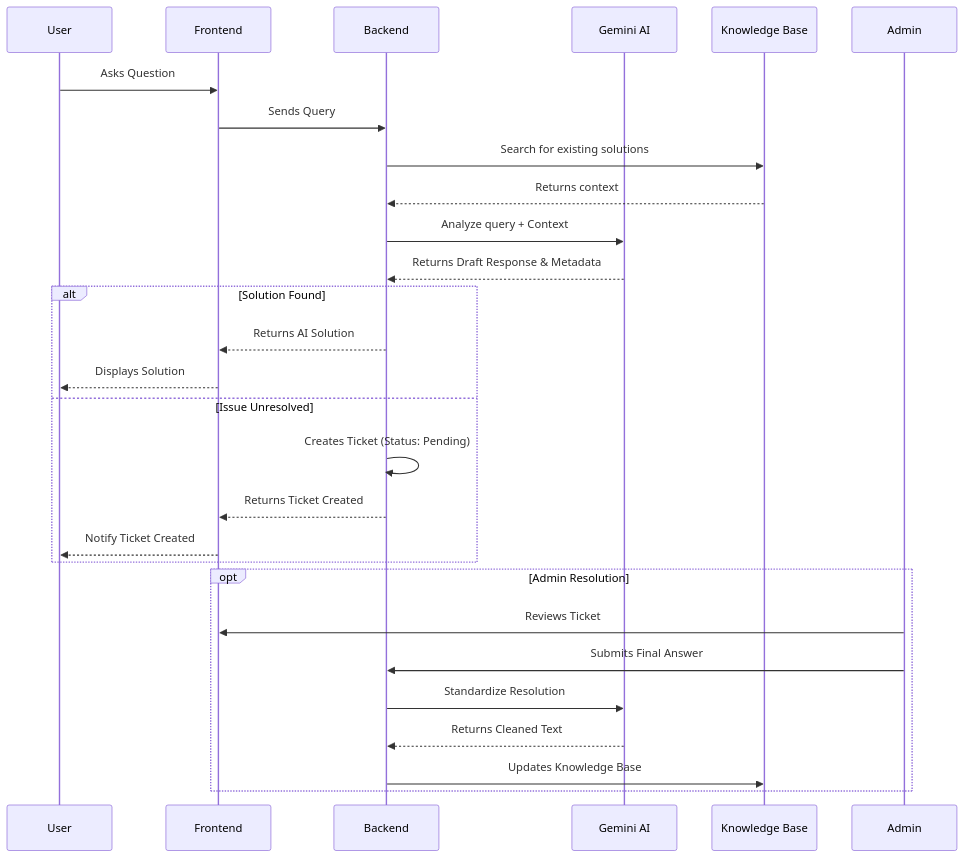
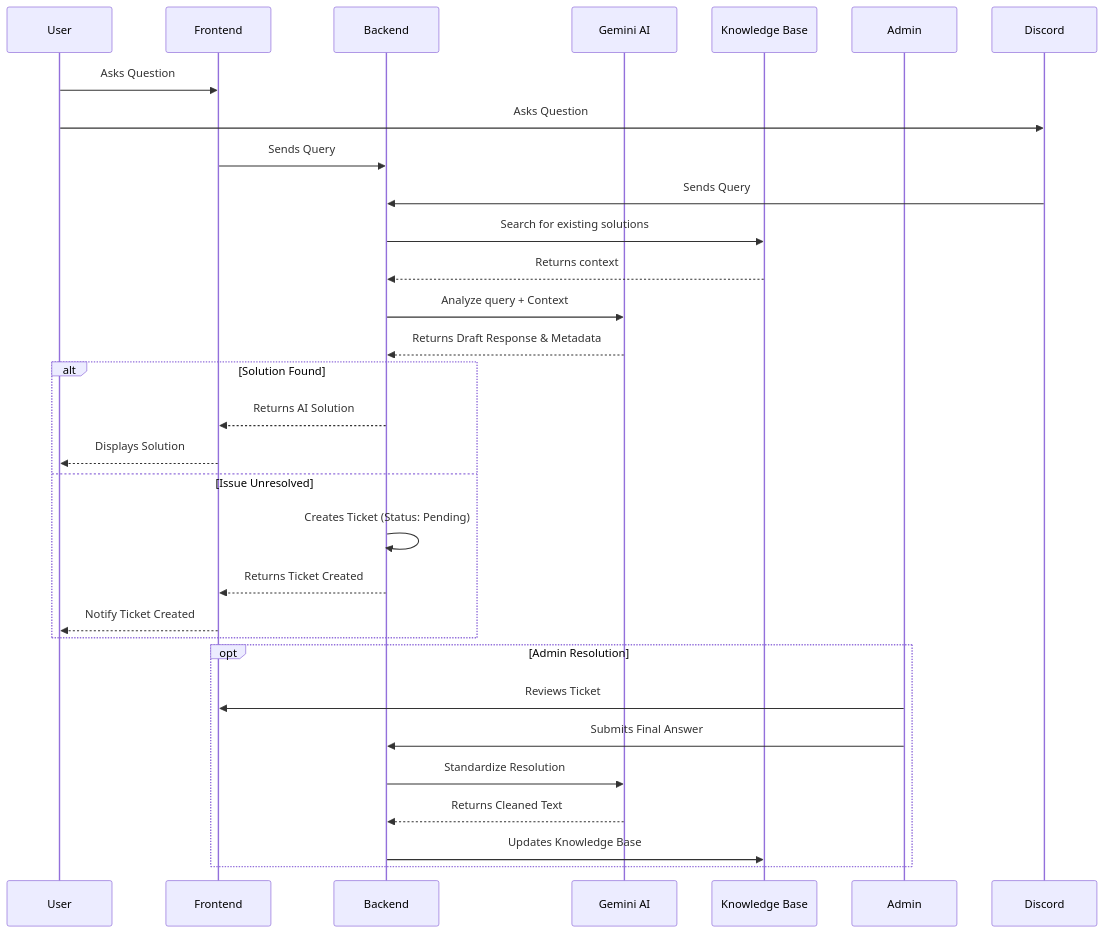
One commit to SHIRONEKO1121/LoopBack_AI changed the second of 2 diagrams in README.md. Above: the diagram before and after it, drawn with Mermaid. The commit also changed other lines of this file, not shown here.

Commit message:
Updated README.md for Discord bot logic

````diff
--- a/README.md
+++ b/README.md
@@ -40,33 +46,35 @@
 ```mermaid
 sequenceDiagram
     participant U as User
     participant F as Frontend
     participant B as Backend
     participant AI as Gemini AI
     participant K as Knowledge Base
     participant A as Admin
 
     U->>F: Asks Question
+    U->>Discord: Asks Question
     F->>B: Sends Query
+    Discord ->> B: Sends Query
     B->>K: Search for existing solutions
     K-->>B: Returns context
     B->>AI: Analyze query + Context
     AI-->>B: Returns Draft Response & Metadata
     
     alt Solution Found
         B-->>F: Returns AI Solution
         F-->>U: Displays Solution
     else Issue Unresolved
         B->>B: Creates Ticket (Status: Pending)
         B-->>F: Returns Ticket Created
         F-->>U: Notify Ticket Created
     end
     
     opt Admin Resolution
         A->>F: Reviews Ticket
         A->>B: Submits Final Answer
         B->>AI: Standardize Resolution
         AI-->>B: Returns Cleaned Text
         B->>K: Updates Knowledge Base
     end
 ```
````
